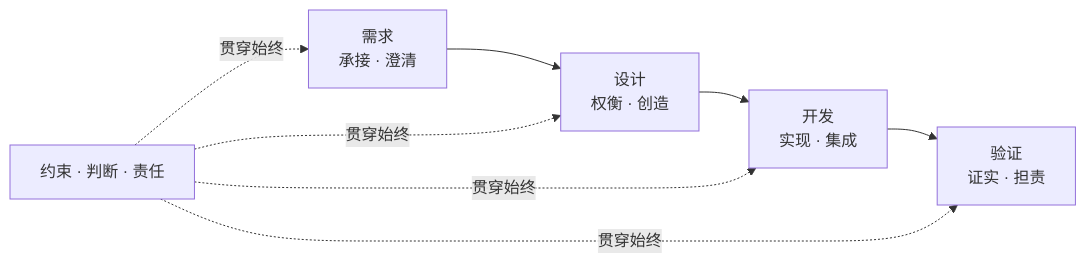
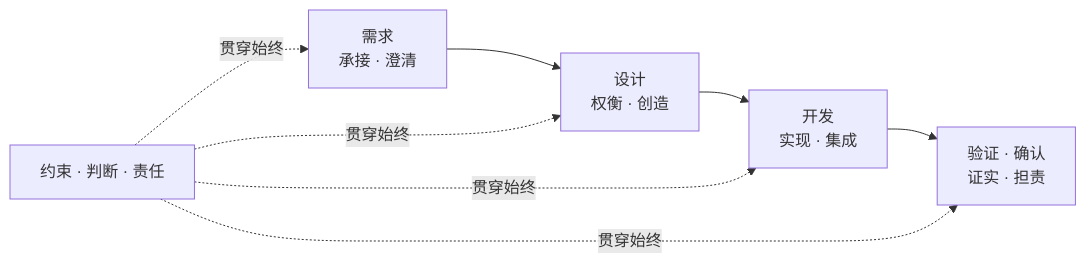
One commit to Yongjunzhou/AOS-system-design changed the second of 13 diagrams in 100-subprojects/01-系统工程研究/00-系统工程相关研究报告/12-工程师与架构师能力研究报告-从工程师到CTO.md. Above: the diagram before and after it, drawn with Mermaid. The commit also changed other lines of this file and 21 other files, not shown here.

````diff
--- a/100-subprojects/01-系统工程研究/00-系统工程相关研究报告/12-工程师与架构师能力研究报告-从工程师到CTO.md
+++ b/100-subprojects/01-系统工程研究/00-系统工程相关研究报告/12-工程师与架构师能力研究报告-从工程师到CTO.md
@@ -70,7 +72,7 @@
 ```mermaid
 flowchart LR
     A["需求<br/>承接 · 澄清"] --> B["设计<br/>权衡 · 创造"]
     B --> C["开发<br/>实现 · 集成"]
-    C --> D["验证<br/>证实 · 担责"]
+    C --> D["验证 · 确认<br/>证实 · 担责"]
     E["约束 · 判断 · 责任"] -.贯穿始终.-> A & B & C & D
 ```
````
